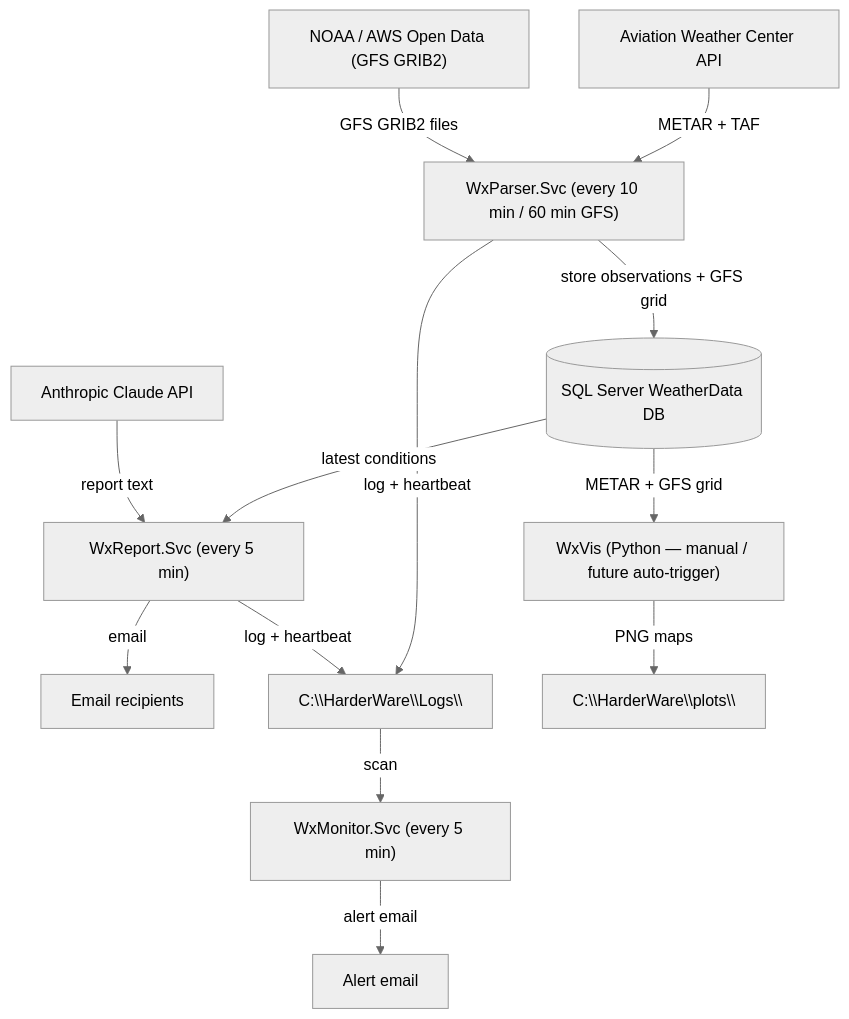
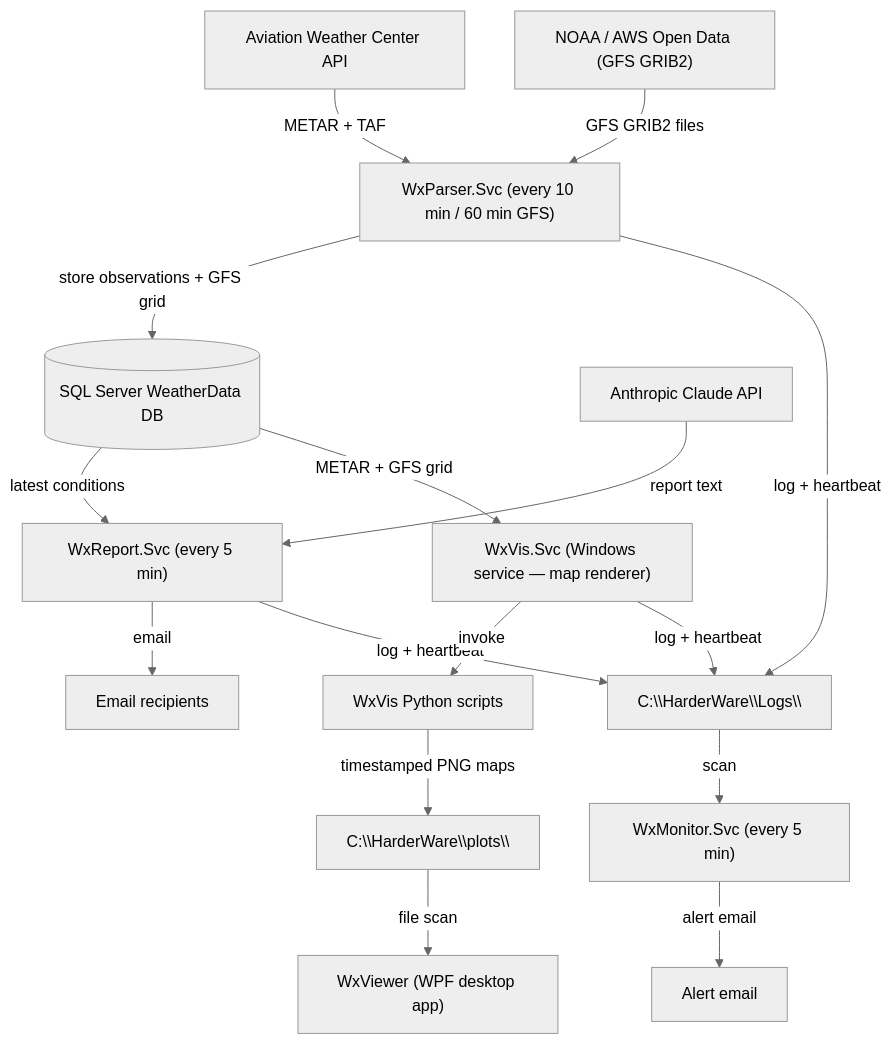
Before and after one commit to PaulHarder2/HarderWare: the first of 8 diagrams in WxServices/DESIGN.md, drawn with Mermaid (neutral theme). The commit also changed other lines of this file, not shown here.

First line of the commit message:
Update DESIGN.md for WxVis.Svc, WxViewer, and session changes

````diff
--- a/WxServices/DESIGN.md
+++ b/WxServices/DESIGN.md
@@ -62,33 +66,39 @@
 ```mermaid
 flowchart TD
     AWC["Aviation Weather Center API"]
     DB[("SQL Server WeatherData DB")]
     CLAUDE["Anthropic Claude API"]
     RECIPIENTS["Email recipients"]
     ALERTS["Alert email"]
     LOGS["C:\\HarderWare\\Logs\\"]
 
     NOMADS["NOAA / AWS Open Data (GFS GRIB2)"]
     PARSER["WxParser.Svc (every 10 min / 60 min GFS)"]
     REPORT["WxReport.Svc (every 5 min)"]
     MONITOR["WxMonitor.Svc (every 5 min)"]
 
-    WXVIS["WxVis (Python — manual / future auto-trigger)"]
+    WVISSVC["WxVis.Svc (Windows service — map renderer)"]
+    WXVIS["WxVis Python scripts"]
     PLOTS["C:\\HarderWare\\plots\\"]
+    VIEWER["WxViewer (WPF desktop app)"]
 
     AWC -->|METAR + TAF| PARSER
     NOMADS -->|GFS GRIB2 files| PARSER
     PARSER -->|store observations + GFS grid| DB
     PARSER -->|log + heartbeat| LOGS
 
     DB -->|latest conditions| REPORT
     CLAUDE -->|report text| REPORT
     REPORT -->|email| RECIPIENTS
     REPORT -->|log + heartbeat| LOGS
 
-    DB -->|METAR + GFS grid| WXVIS
-    WXVIS -->|PNG maps| PLOTS
+    DB -->|METAR + GFS grid| WVISSVC
+    WVISSVC -->|invoke| WXVIS
+    WXVIS -->|timestamped PNG maps| PLOTS
+    WVISSVC -->|log + heartbeat| LOGS
+
+    PLOTS -->|file scan| VIEWER
 
     LOGS -->|scan| MONITOR
     MONITOR -->|alert email| ALERTS
 ```
````
